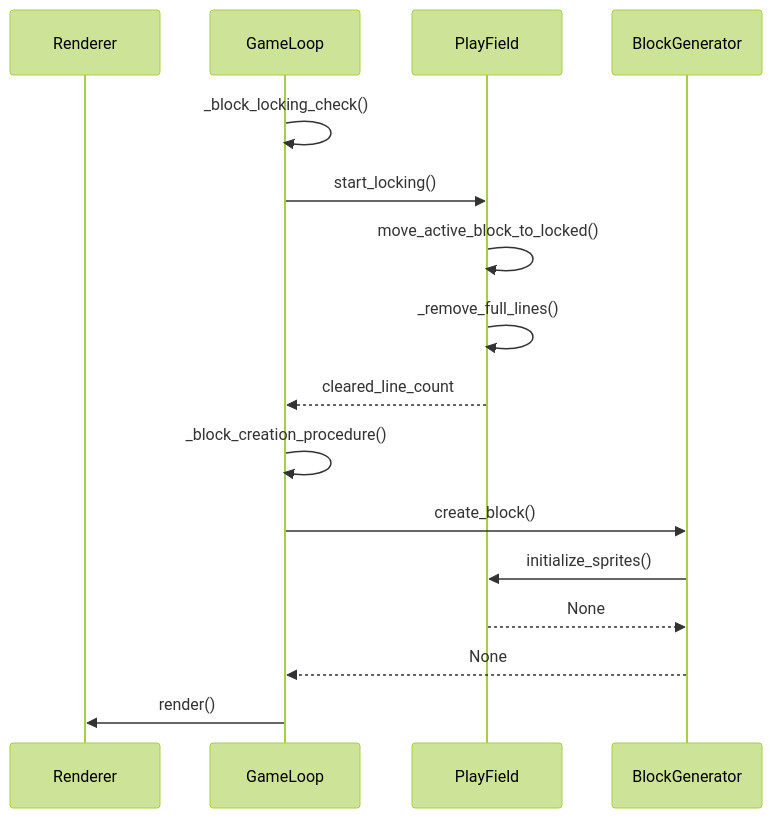
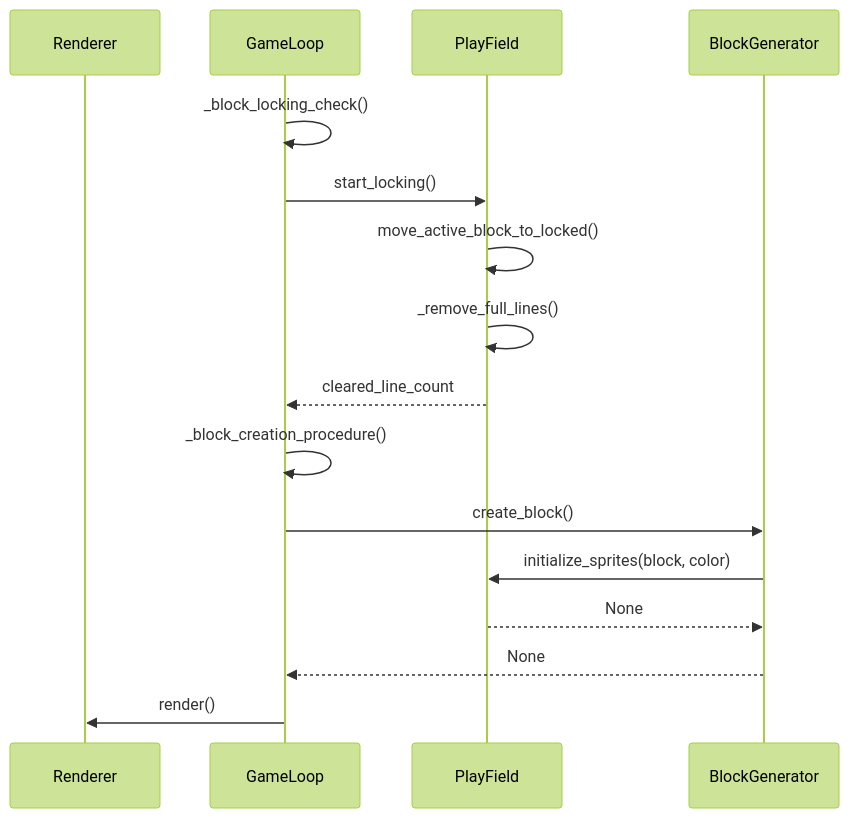
One commit to meri573/ot-harjoitustyo changed the third of 4 diagrams in tetris/dokumentaatio/arkkitehtuuri.md. Above: the diagram before and after it, drawn with Mermaid (forest theme).

````diff
--- a/tetris/dokumentaatio/arkkitehtuuri.md
+++ b/tetris/dokumentaatio/arkkitehtuuri.md
@@ -50,18 +50,18 @@
 ```mermaid
 sequenceDiagram
   participant Renderer
   participant GameLoop
   participant PlayField
   participant BlockGenerator
   GameLoop->>GameLoop: _block_locking_check()
   GameLoop->>PlayField: start_locking()
   PlayField->>PlayField: move_active_block_to_locked()
   PlayField->>PlayField: _remove_full_lines()
   PlayField-->>GameLoop: cleared_line_count
   GameLoop->>GameLoop: _block_creation_procedure()
   GameLoop->>BlockGenerator: create_block()
-  BlockGenerator->>PlayField: initialize_sprites()
+  BlockGenerator->>PlayField: initialize_sprites(block, color)
   PlayField-->>BlockGenerator: None
   BlockGenerator-->>GameLoop: None
   GameLoop->>Renderer: render()
 ```
````
